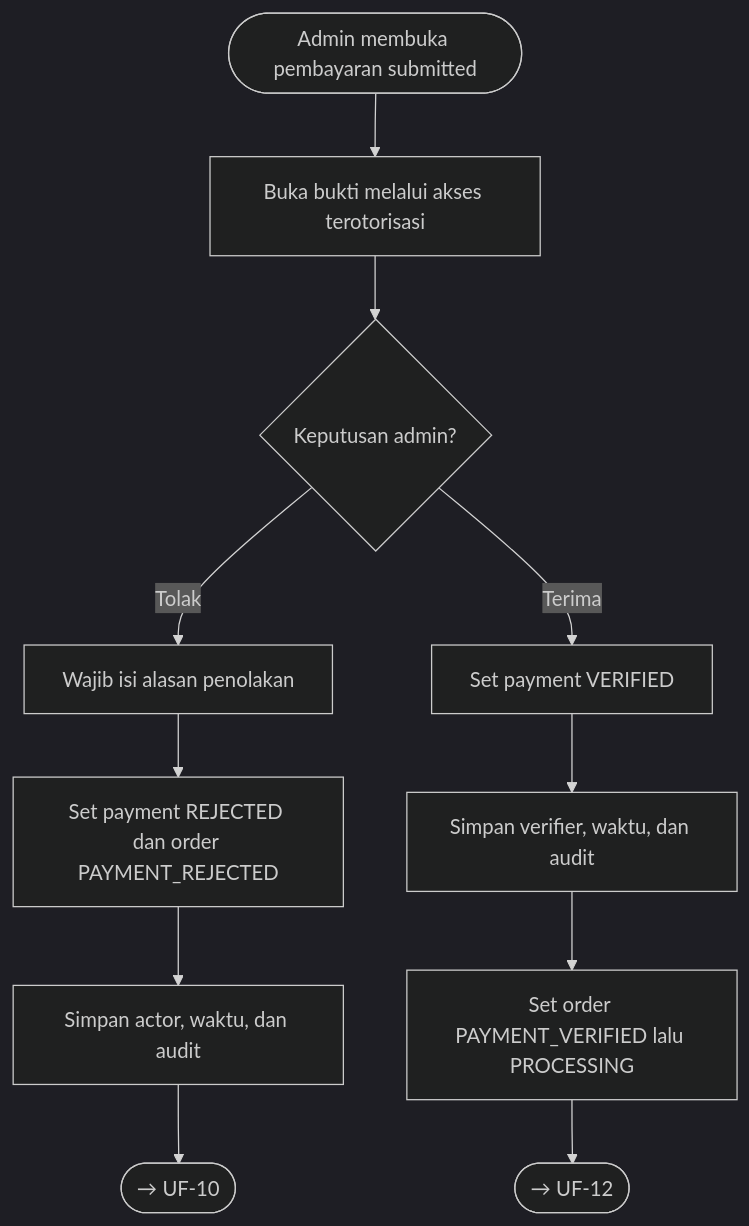
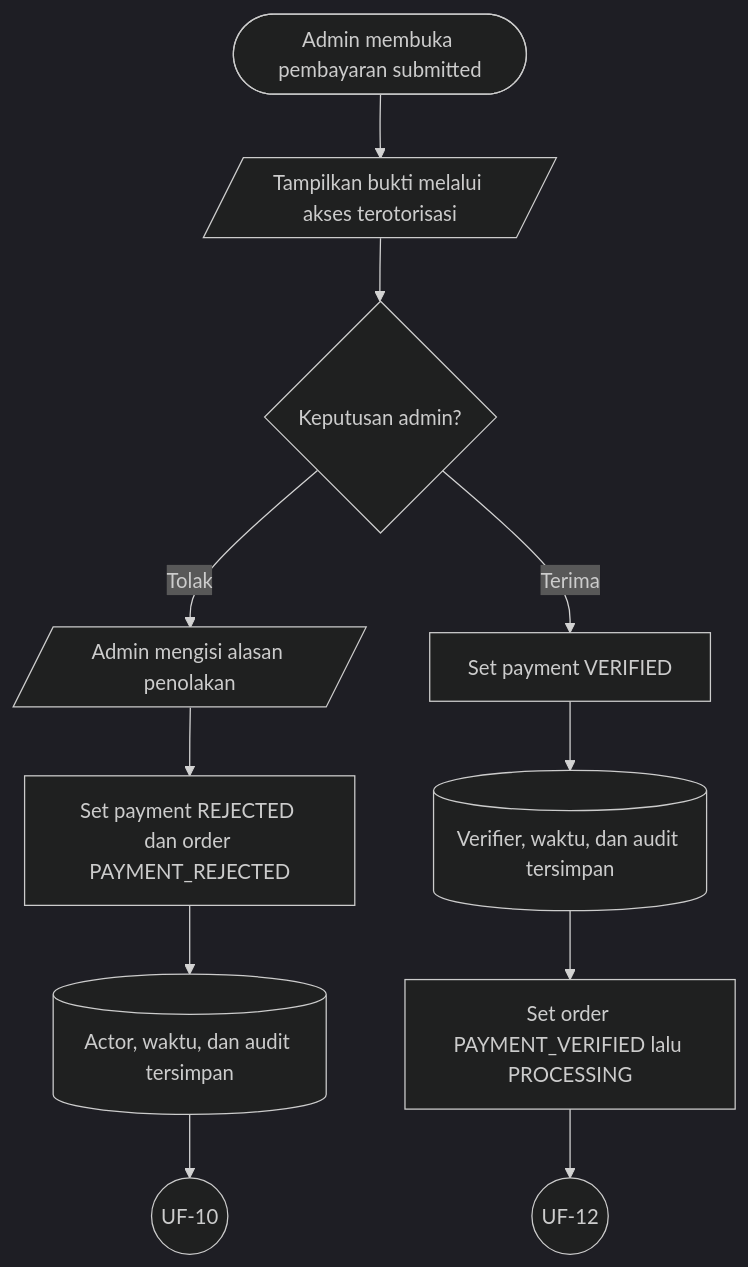
One commit to Webekspres/pixel-komunika changed diagram 11 of 18 in docs/design/USER_FLOWS.md. Above: the diagram before and after it, drawn with Mermaid (dark theme). The commit also changed other lines of this file, not shown here.

Commit message:
docs: standardize user flow notation

````diff
--- a/docs/design/USER_FLOWS.md
+++ b/docs/design/USER_FLOWS.md
@@ -343,16 +370,16 @@
 ```mermaid
 flowchart TD
-    A([Admin membuka pembayaran submitted]) --> B["Buka bukti melalui akses terotorisasi"]
+    A(["Admin membuka pembayaran submitted"]) --> B[/"Tampilkan bukti melalui akses terotorisasi"/]
     B --> C{"Keputusan admin?"}
-    C -->|Tolak| D["Wajib isi alasan penolakan"]
+    C -->|Tolak| D[/"Admin mengisi alasan penolakan"/]
     D --> E["Set payment REJECTED dan order PAYMENT_REJECTED"]
-    E --> F["Simpan actor, waktu, dan audit"]
-    F --> C_UF10(["→ UF-10"])
+    E --> F[("Actor, waktu, dan audit tersimpan")]
+    F --> C_UF10((UF-10))
     C -->|Terima| G["Set payment VERIFIED"]
-    G --> H["Simpan verifier, waktu, dan audit"]
+    G --> H[("Verifier, waktu, dan audit tersimpan")]
     H --> I["Set order PAYMENT_VERIFIED lalu PROCESSING"]
-    I --> C_UF12(["→ UF-12"])
+    I --> C_UF12((UF-12))
 
     click C_UF10 "#uf-10-pengajuan-pembayaran"
     click C_UF12 "#uf-12-fulfillment-dan-penyelesaian"
 ```
````
